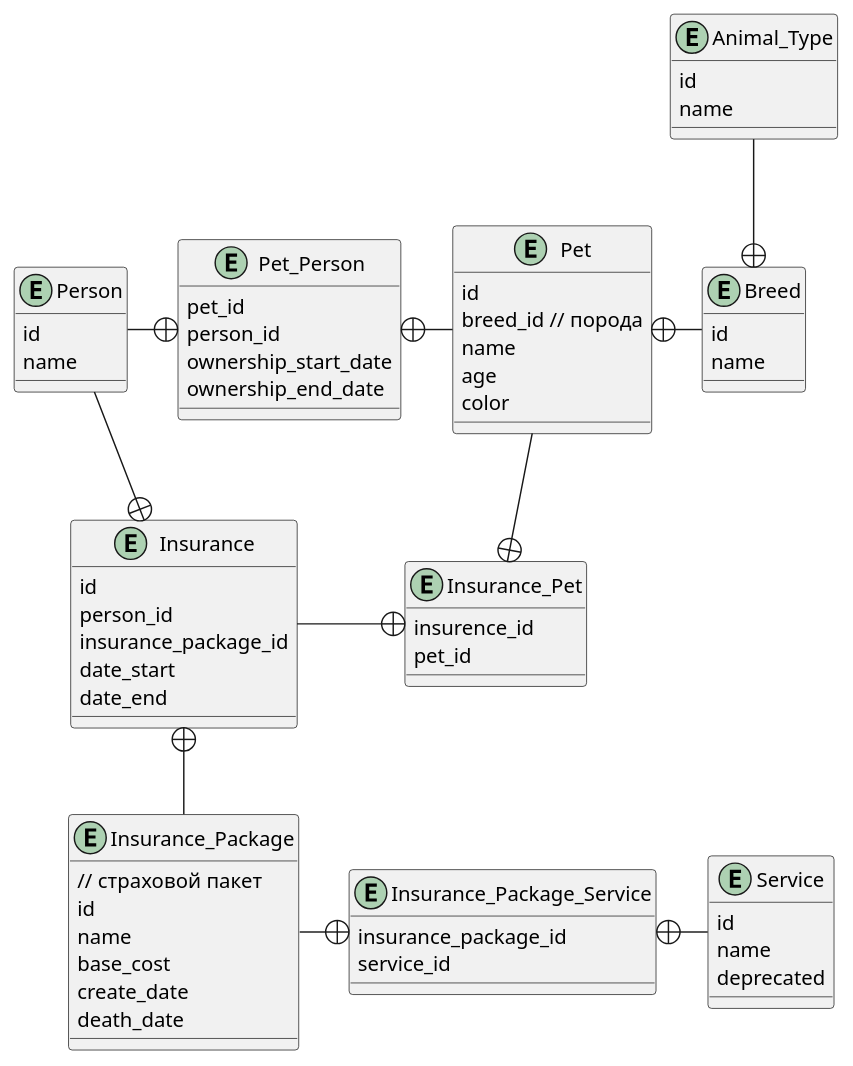
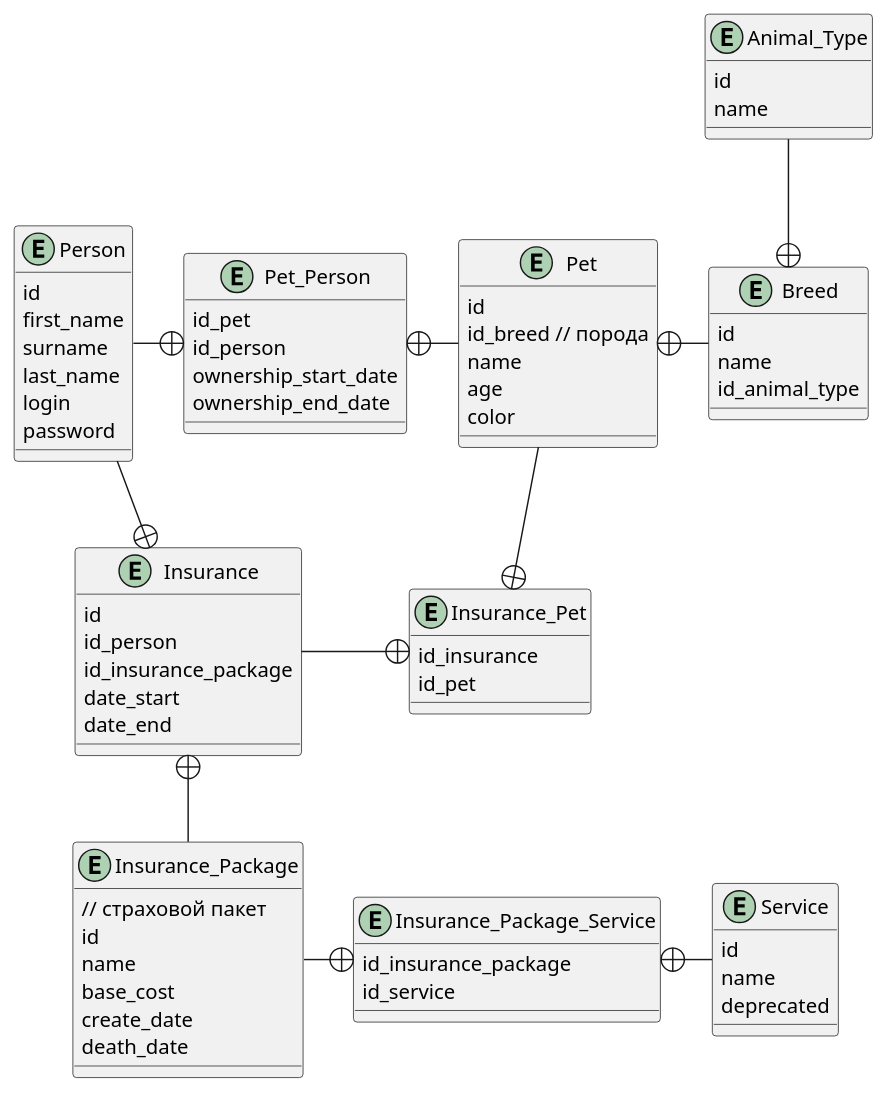
One commit to Uhbaabys/RosKotStrah changed the diagram in diagram.plantuml. Above: the diagram before and after it, drawn with PlantUML.

Commit message:
updated db sheme

```diff
--- a/diagram.plantuml
+++ b/diagram.plantuml
@@ -1,79 +1,84 @@
 @startuml
 entity Pet {
   id
-  breed_id // порода
+  id_breed // порода
   name
   age
   color
 }
 
 entity Pet_Person {
-  pet_id
-  person_id
+  id_pet
+  id_person
   ownership_start_date
   ownership_end_date
 }
 
 entity Person {
   id
-  name
+  first_name
+  surname
+  last_name
+  login
+  password
 }
 
 entity Breed {
   id
   name
+  id_animal_type
 }
 
 entity Animal_Type {
   id
   name
 }
 
 entity Insurance_Package {
   // страховой пакет
   id
   name
   base_cost
   create_date
   death_date
 }
 
 entity Service {
   id
   name
   deprecated
 }
 
 entity Insurance_Package_Service {
-  insurance_package_id
-  service_id
+  id_insurance_package
+  id_service
 }
 
 entity Insurance {
   id
-  person_id
-  insurance_package_id
+  id_person
+  id_insurance_package
   date_start
   date_end
 }
 
 entity Insurance_Pet {
-  insurence_id
-  pet_id
+  id_insurance
+  id_pet
 }
 
 Person -right-+ Pet_Person
 Pet_Person +-right- Pet
 Breed -left-+ Pet
 Animal_Type --+ Breed
 
 Insurance_Package -right-+ Insurance_Package_Service
 Insurance_Package_Service +-right- Service
 
 Person --+ Insurance
 Insurance +-- Insurance_Package
 
 Pet --+ Insurance_Pet
 Insurance_Pet +-left- Insurance
 
 @enduml
```
